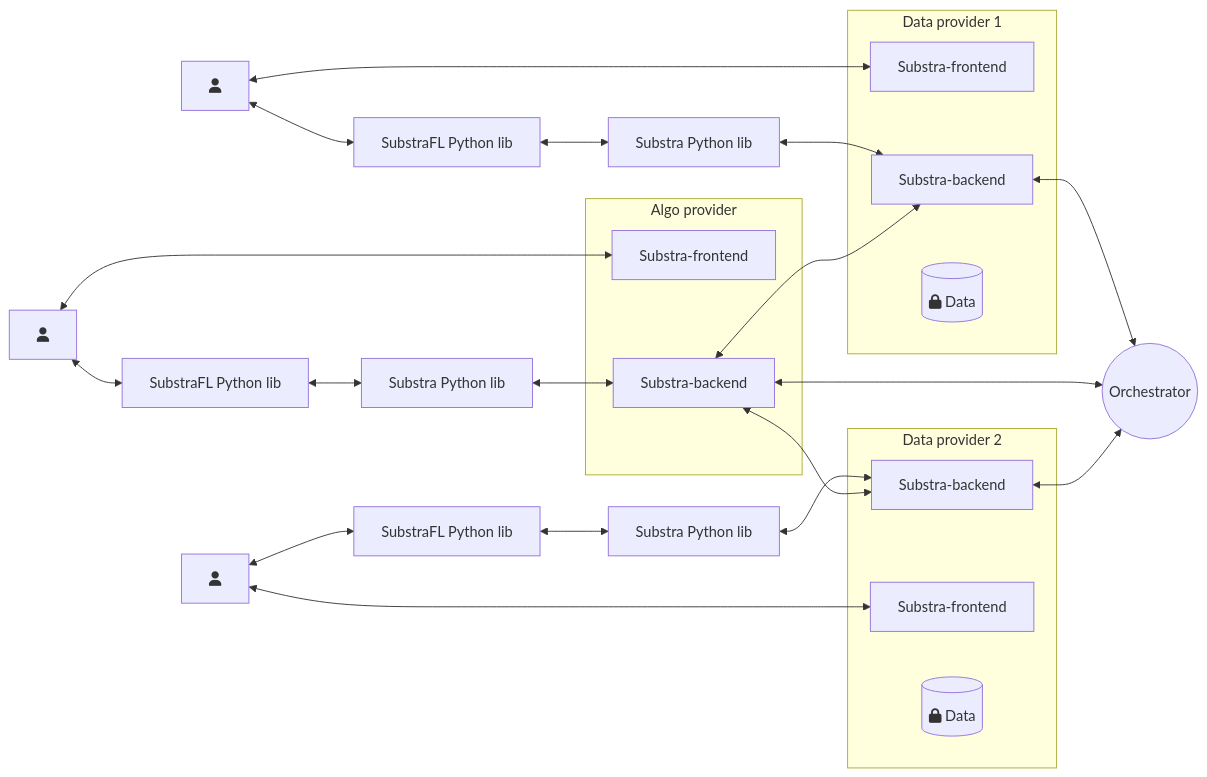
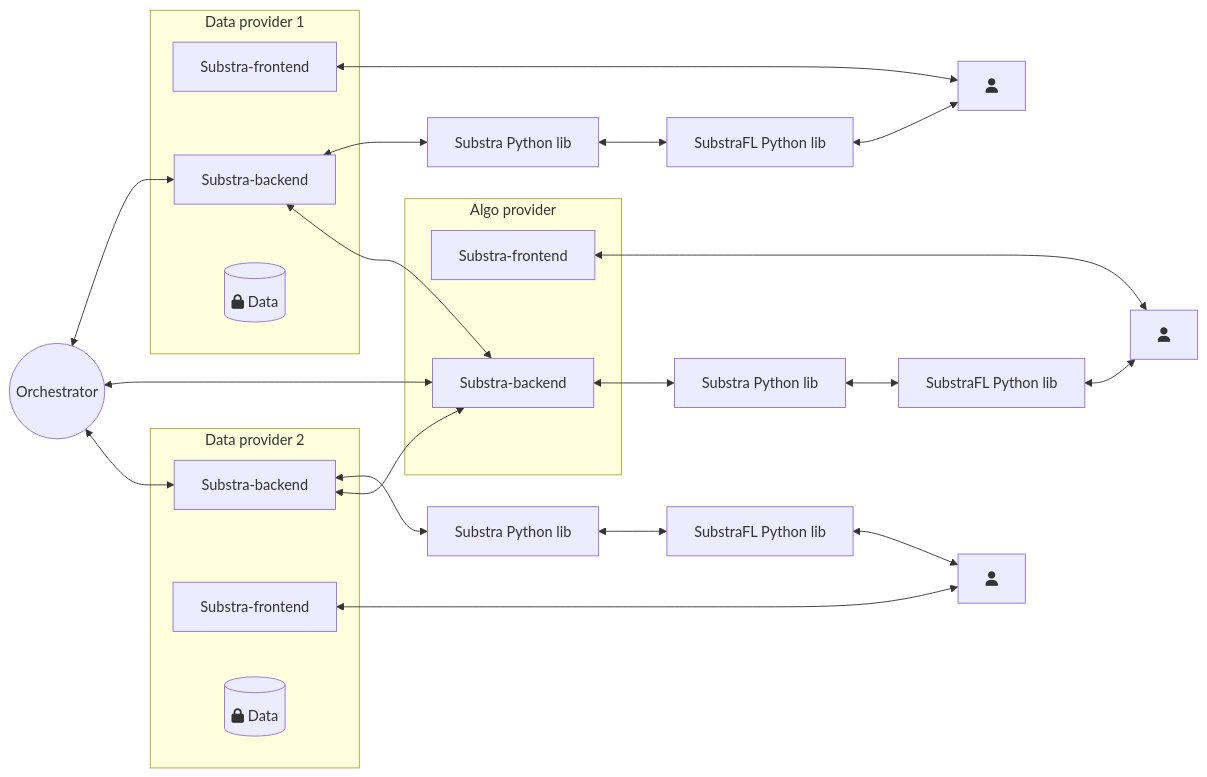
One commit to Substra/substra-documentation changed the diagram in docs/source/static/graphs/software-diagram.mmd. Above: the diagram before and after it, drawn with Mermaid.

Commit message:
add graph

```diff
--- a/docs/source/static/graphs/software-diagram.mmd
+++ b/docs/source/static/graphs/software-diagram.mmd
@@ -1,43 +1,46 @@
-flowchart LR
+
+flowchart RL
     subgraph Data provider 2
     sb2
     sf2[Substra-frontend]
     db1[(fa:fa-lock Data)]
     end
 
     subgraph Algo provider
     sf1[Substra-frontend]
     sb1
     end
 
     subgraph Data provider 1
     sf3[Substra-frontend]
     sb3
     db2[(fa:fa-lock Data)]
     end
 
     sb2[Substra-backend]<-->O((Orchestrator))
     sb1[Substra-backend]<-->O
     sb3[Substra-backend]<-->O
 
     sb1 <--> sb2
     sb1 <--> sb3
 
     substra1[Substra Python lib] <--> sb1
     substrafl1[SubstraFL Python lib] <--> substra1
 
     substra2[Substra Python lib] <--> sb2
     substrafl2[SubstraFL Python lib] <--> substra2
 
     substra3[Substra Python lib] <--> sb3
     substrafl3[SubstraFL Python lib] <--> substra3
 
 
     U1[fa:fa-user] <--> substrafl1
     U1 <--> sf1
 
     U2[fa:fa-user] <--> substrafl2
     U2 <--> sf2
 
     U3[fa:fa-user] <--> substrafl3
     U3 <--> sf3
+
+    style O fontSize:30px
```
